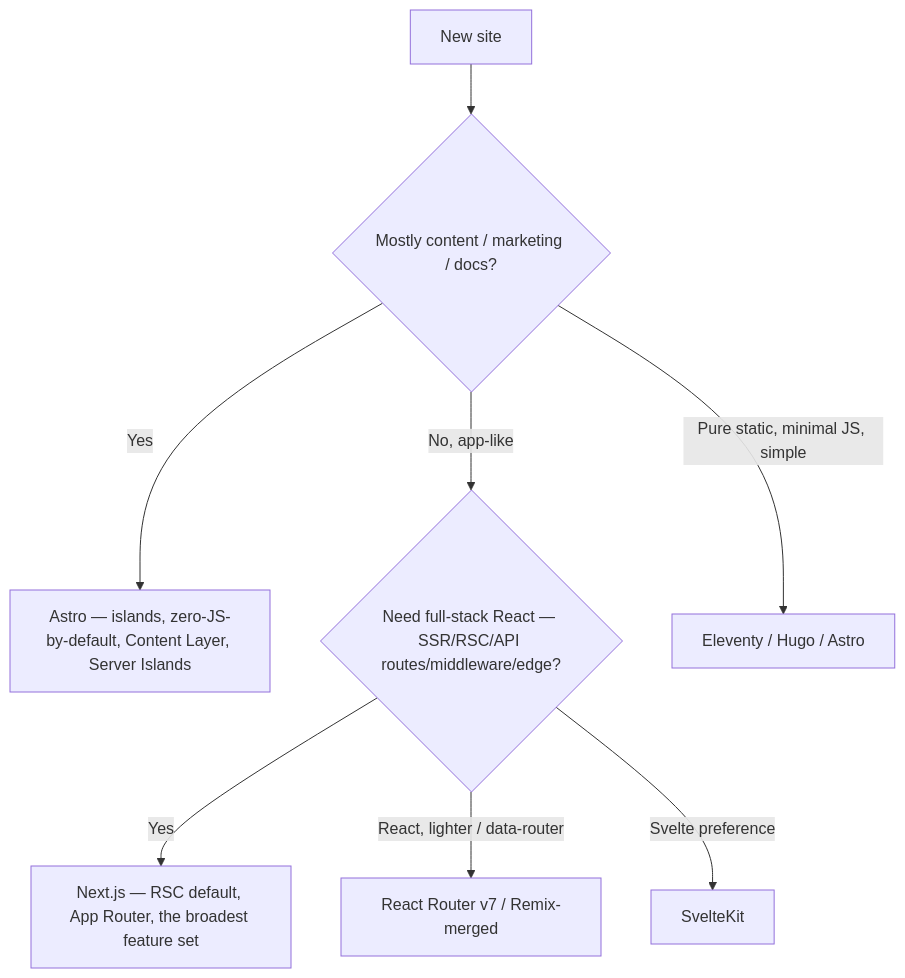
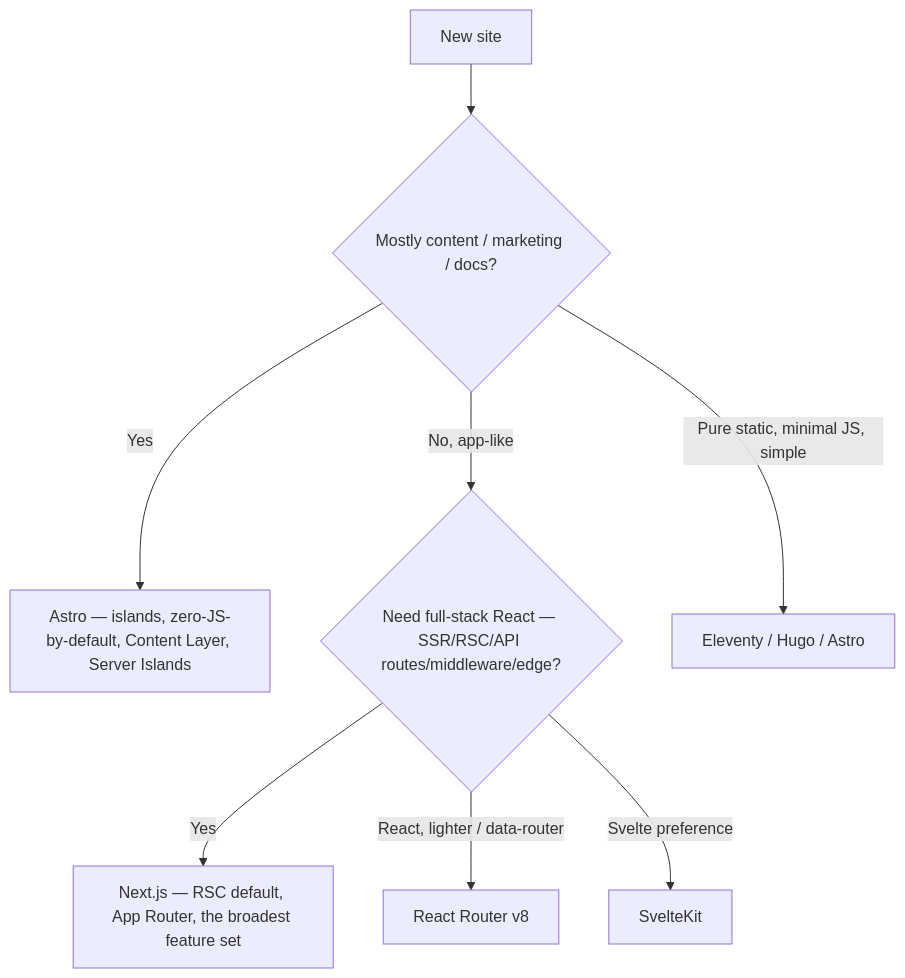
Before and after one commit to mcorbett51090/RavenClaude: the diagram in plugins/web-design/knowledge/modern-web-stacks-2026.md, drawn with Mermaid. The commit also changed other lines of this file and 22 other files, not shown here.

First line of the commit message:
fix(web-design): Tailwind v4 dark mode, CWV stats, Popover focus, React Router v8, WCAG target-size floor (#1250)

````diff
--- a/plugins/web-design/knowledge/modern-web-stacks-2026.md
+++ b/plugins/web-design/knowledge/modern-web-stacks-2026.md
@@ -19,10 +19,10 @@
 ```mermaid
 flowchart TD
     A[New site] --> Q{Mostly content / marketing / docs?}
     Q -->|Yes| AS[Astro — islands, zero-JS-by-default, Content Layer, Server Islands]
     Q -->|No, app-like| R{Need full-stack React — SSR/RSC/API routes/middleware/edge?}
     R -->|Yes| NX[Next.js — RSC default, App Router, the broadest feature set]
-    R -->|React, lighter / data-router| RR[React Router v7 / Remix-merged]
+    R -->|React, lighter / data-router| RR[React Router v8]
     R -->|Svelte preference| SK[SvelteKit]
     Q -->|Pure static, minimal JS, simple| ELE[Eleventy / Hugo / Astro]
 ```
````
